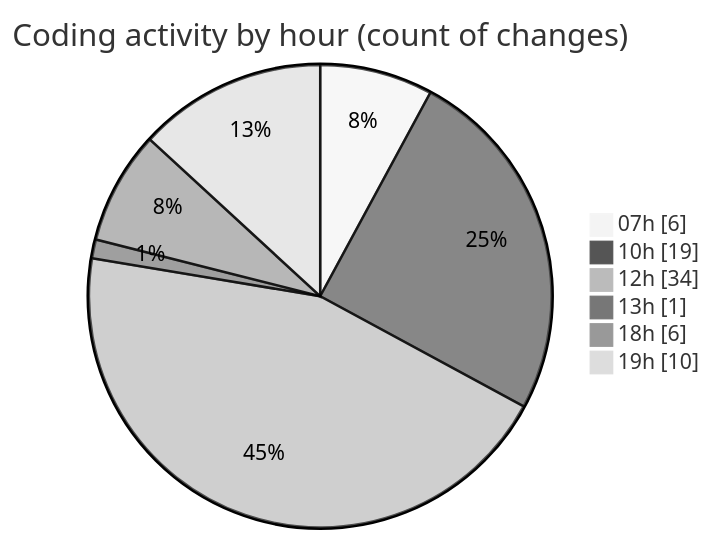
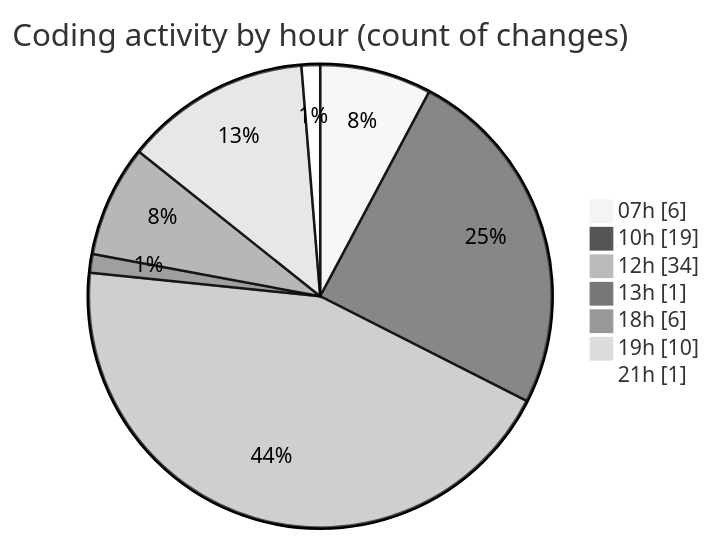
The second of 2 diagrams in 2025-08-14/rentotp/README.md (lephambinh05/code-tracking), drawn with Mermaid (neutral theme) before and after one commit. The commit also changed other lines of this file and 1 other file, not shown here.

````diff
--- a/2025-08-14/rentotp/README.md
+++ b/2025-08-14/rentotp/README.md
@@ -34,10 +34,11 @@
 ```mermaid
 pie showData
 title Coding activity by hour (count of changes)
 "07h" : 6
 "10h" : 19
 "12h" : 34
 "13h" : 1
 "18h" : 6
 "19h" : 10
+"21h" : 1
 ```
````
